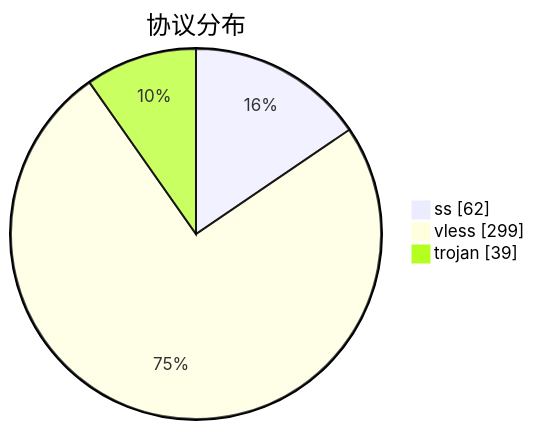
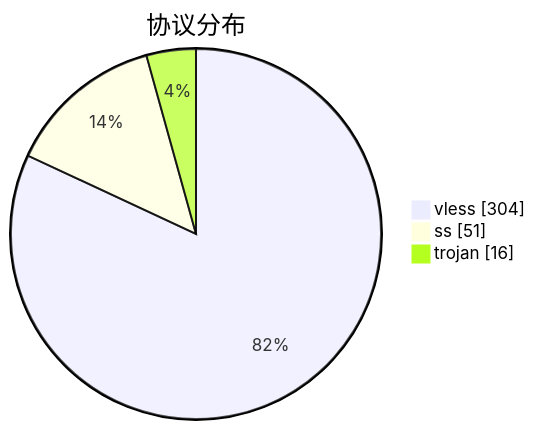
Before and after one commit to qjlxg/airport: the third of 3 diagrams in subs/statistics/tested_within.md, drawn with Mermaid. The commit also changed other lines of this file and 2 other files, not shown here.

````diff
--- a/subs/statistics/tested_within.md
+++ b/subs/statistics/tested_within.md
@@ -18,7 +20,7 @@
 ```mermaid
 pie showData
 title 协议分布
-"ss" : 62
-"vless" : 299
-"trojan" : 39
+"vless" : 304
+"ss" : 51
+"trojan" : 16
 ```
````
